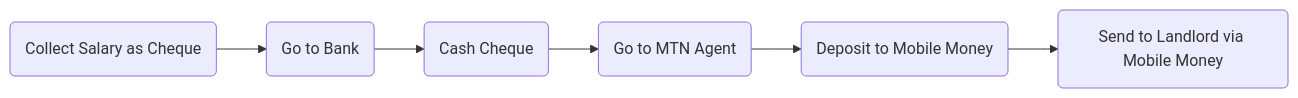
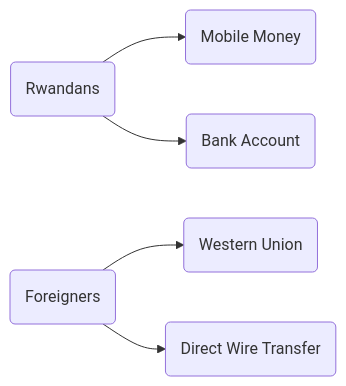
One commit to peakshift/bed.money changed the diagram in _personas/d9c7.md. Above: the diagram before and after it, drawn with Mermaid. The commit also changed other lines of this file, not shown here.

````diff
--- a/_personas/d9c7.md
+++ b/_personas/d9c7.md
@@ -66,4 +42,7 @@
-{% mermaid %}
+```mermaid
 graph LR
-    a(Collect Salary as Cheque) --> b(Go to Bank) --> c(Cash Cheque) --> d(Go to MTN Agent) --> e(Deposit to Mobile Money) --> f(Send to Landlord via Mobile Money)
-{% endmermaid %}
+1(Rwandans) --> 2(Mobile Money) 
+1 --> 3(Bank Account)
+4(Foreigners) --> 5(Western Union)
+4 --> 6(Direct Wire Transfer)
+```
````
